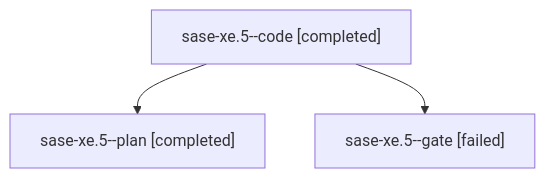
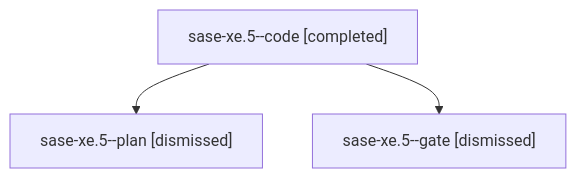
Before and after one commit to sase-org/sase--agents: the diagram in families/bbugyi200.athena.sase-xe.5.md, drawn with Mermaid. The commit also changed other lines of this file and 305 other files, not shown here.

````diff
--- a/families/bbugyi200.athena.sase-xe.5.md
+++ b/families/bbugyi200.athena.sase-xe.5.md
@@ -9,8 +9,8 @@
 ```mermaid
 flowchart TD
   n0["sase-xe.5--code [completed]"]
-  n1["sase-xe.5--plan [completed]"]
+  n1["sase-xe.5--plan [dismissed]"]
   n0 --> n1
-  n2["sase-xe.5--gate [failed]"]
+  n2["sase-xe.5--gate [dismissed]"]
   n0 --> n2
 ```
````
